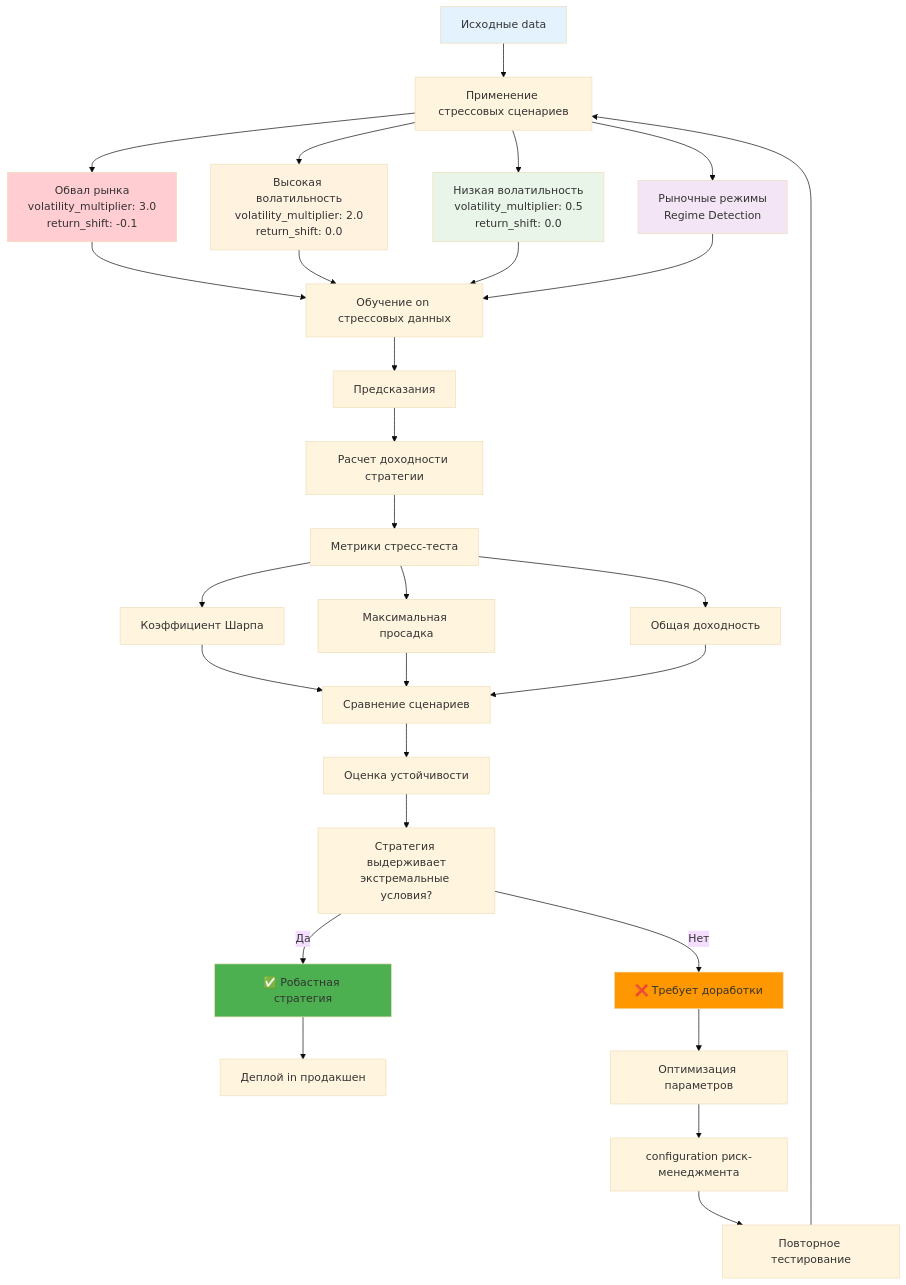
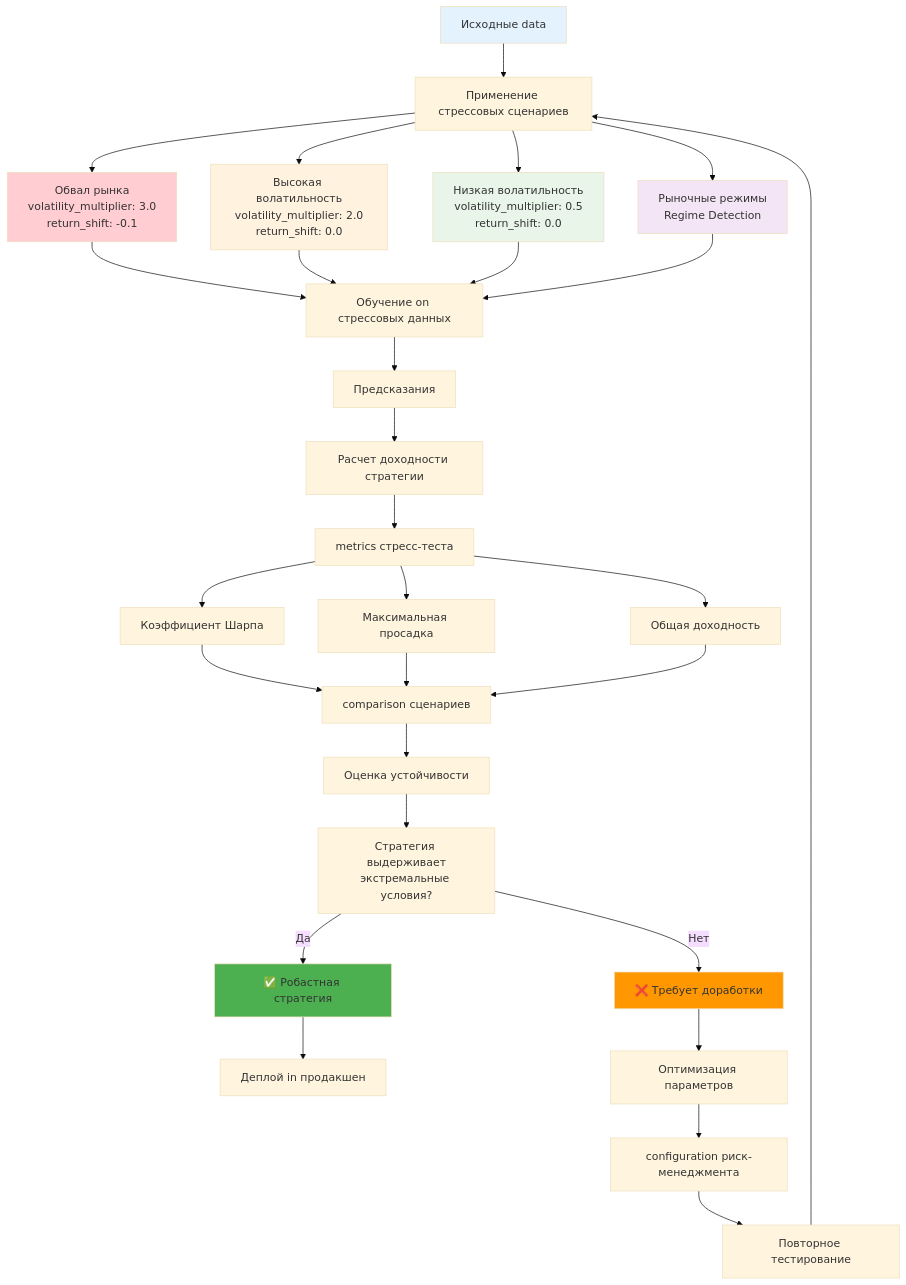
The fifth of 9 diagrams in docs/automl/gluon/29_backtesting_methods.md (NeoZorK/neozork-hld-prediction), drawn with Mermaid (base theme) before and after one commit. The commit also changed other lines of this file and 88 other files, not shown here.

````diff
--- a/docs/automl/gluon/29_backtesting_methods.md
+++ b/docs/automl/gluon/29_backtesting_methods.md
@@ -1189,47 +1189,47 @@
 ```mermaid
 graph TD
 A[Исходные data] --> B[Применение стрессовых сценариев]
 
 B --> C[Обвал рынка<br/>volatility_multiplier: 3.0<br/>return_shift: -0.1]
 B --> D[Высокая волатильность<br/>volatility_multiplier: 2.0<br/>return_shift: 0.0]
 B --> E[Низкая волатильность<br/>volatility_multiplier: 0.5<br/>return_shift: 0.0]
 B --> F[Рыночные режимы<br/>Regime Detection]
 
 C --> G[Обучение on стрессовых данных]
  D --> G
  E --> G
  F --> G
 
 G --> H[Предсказания]
 H --> I[Расчет доходности стратегии]
 
-I --> J[Метрики стресс-теста]
+I --> J[metrics стресс-теста]
 J --> K[Коэффициент Шарпа]
 J --> L[Максимальная просадка]
 J --> M[Общая доходность]
 
-K --> N[Сравнение сценариев]
+K --> N[comparison сценариев]
  L --> N
  M --> N
 
 N --> O[Оценка устойчивости]
 O --> P[Стратегия выдерживает<br/>экстремальные условия?]
 
 P -->|Да| Q[✅ Робастная стратегия]
 P -->|Нет| R[❌ Требует доработки]
 
 Q --> S[Деплой in продакшен]
 R --> T[Оптимизация параметров]
 
 T --> U[configuration риск-менеджмента]
 U --> V[Повторное тестирование]
  V --> B
 
  style A fill:#e3f2fd
  style C fill:#ffcdd2
  style D fill:#fff3e0
  style E fill:#e8f5e8
  style F fill:#f3e5f5
  style Q fill:#4caf50
  style R fill:#ff9800
 ```
````
